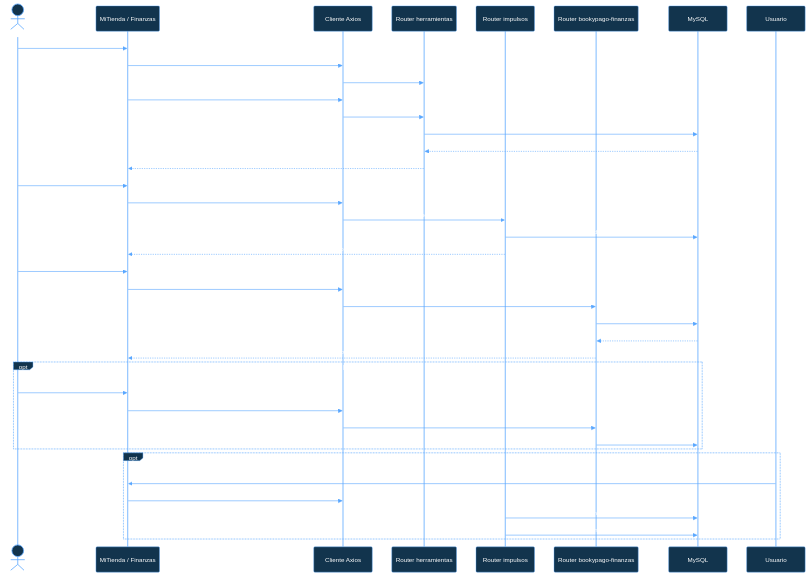
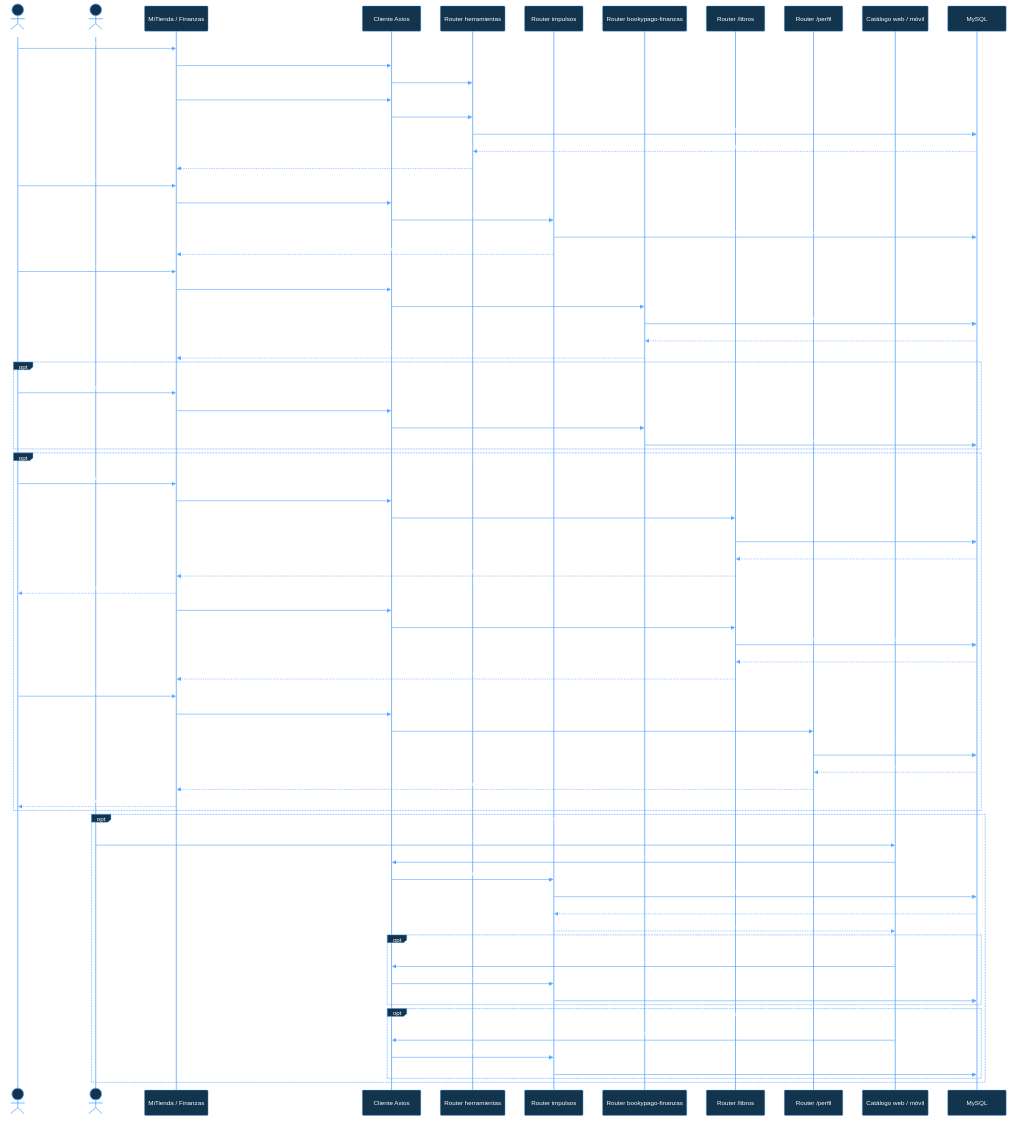
Before and after one commit to crisleon93/bookyhome: diagram 13 of 15 in docs/diagramas-secuencia-bookyhome.md, drawn with Mermaid. The commit also changed other lines of this file and 30 other files, not shown here.

First line of the commit message:
docs: revisa y organiza la documentacion UML de BookyHome

````diff
--- a/docs/diagramas-secuencia-bookyhome.md
+++ b/docs/diagramas-secuencia-bookyhome.md
@@ -737,12 +743,16 @@
 ```mermaid
-%%{init: {"theme":"base","themeVariables":{"background":"#0B1020","primaryColor":"#12344D","primaryTextColor":"#FFFFFF","primaryBorderColor":"#58A6FF","lineColor":"#58A6FF","textColor":"#FFFFFF","actorBkg":"#12344D","actorBorder":"#58A6FF","actorTextColor":"#FFFFFF","actorLineColor":"#58A6FF","signalColor":"#58A6FF","signalTextColor":"#FFFFFF","labelBoxBkgColor":"#12344D","labelBoxBorderColor":"#58A6FF","labelTextColor":"#FFFFFF","loopTextColor":"#FFFFFF","noteBkgColor":"#12344D","noteBorderColor":"#58A6FF","noteTextColor":"#FFFFFF","activationBkgColor":"#12344D","activationBorderColor":"#58A6FF","sequenceNumberColor":"#FFFFFF"}}}%%
+%%{init: {"theme":"base","themeVariables":{"background":"#000000","primaryColor":"#12344D","primaryTextColor":"#FFFFFF","primaryBorderColor":"#58A6FF","lineColor":"#58A6FF","textColor":"#FFFFFF","actorBkg":"#12344D","actorBorder":"#58A6FF","actorTextColor":"#FFFFFF","actorLineColor":"#58A6FF","signalColor":"#58A6FF","signalTextColor":"#FFFFFF","labelBoxBkgColor":"#12344D","labelBoxBorderColor":"#58A6FF","labelTextColor":"#FFFFFF","loopTextColor":"#FFFFFF","noteBkgColor":"#12344D","noteBorderColor":"#58A6FF","noteTextColor":"#FFFFFF","activationBkgColor":"#12344D","activationBorderColor":"#58A6FF","sequenceNumberColor":"#FFFFFF"}}}%%
 sequenceDiagram
     actor Vendedor
+    actor Usuario
     participant UI as MiTienda / Finanzas
     participant Axios as Cliente Axios
     participant Herr as Router herramientas
     participant Impulso as Router impulsos
     participant Finanzas as Router bookypago-finanzas
+    participant Libros as Router /libros
+    participant Perfil as Router /perfil
+    participant Catalogo as Catálogo web / móvil
     participant DB as MySQL
 
     Vendedor->>UI: Consulta planes y suscripción
@@ -774,10 +784,44 @@
         Finanzas->>DB: INSERT cuenta
     end
 
+    opt Consultar métricas disponibles
+        Vendedor->>UI: Consulta ventas e indicadores
+        UI->>Axios: GET /libros/stats
+        Axios->>Libros: JWT
+        Libros->>DB: Agrega ventas y órdenes<br/>del día, semana y mes
+        DB-->>Libros: Totales y cantidades
+        Libros-->>UI: Estadísticas disponibles
+        UI-->>Vendedor: Presenta resumen
+        UI->>Axios: GET /libros/mis-ventas y /libros/top-vendidos
+        Axios->>Libros: JWT
+        Libros->>DB: Consulta ventas y libros más vendidos
+        DB-->>Libros: Resultados
+        Libros-->>UI: Listados de ventas
+        Vendedor->>UI: Consulta calificaciones de la tienda
+        UI->>Axios: GET /perfil/calificaciones-tienda/{id_tienda}
+        Axios->>Perfil: Bearer JWT
+        Perfil->>DB: Verifica propiedad y consulta promedio,<br/>distribución y opiniones
+        DB-->>Perfil: Calificaciones de la tienda
+        Perfil-->>UI: Resumen de calificaciones
+        UI-->>Vendedor: Muestra promedio y opiniones
+    end
+
     opt Impulso visible
-        Usuario->>UI: Consulta catálogo
-        UI->>Axios: GET /impulsos/activos
+        Usuario->>Catalogo: Consulta catálogo con impulsos
+        Catalogo->>Axios: GET /impulsos/activos
+        Axios->>Impulso: Solicita impulsos vigentes
         Impulso->>DB: Lista impresiones y clics vigentes
-        Impulso->>DB: Registra impresión o clic
+        DB-->>Impulso: Impulsos activos
+        Impulso-->>Catalogo: Lista de impulsos
+        opt Impulso mostrado
+            Catalogo->>Axios: POST /impulsos/{id_impulso}/impresion
+            Axios->>Impulso: Registra impresión
+            Impulso->>DB: Incrementa contador
+        end
+        opt Usuario abre un libro impulsado
+            Catalogo->>Axios: POST /impulsos/{id_impulso}/clic
+            Axios->>Impulso: Registra clic
+            Impulso->>DB: Incrementa contador
+        end
     end
 ```
````
